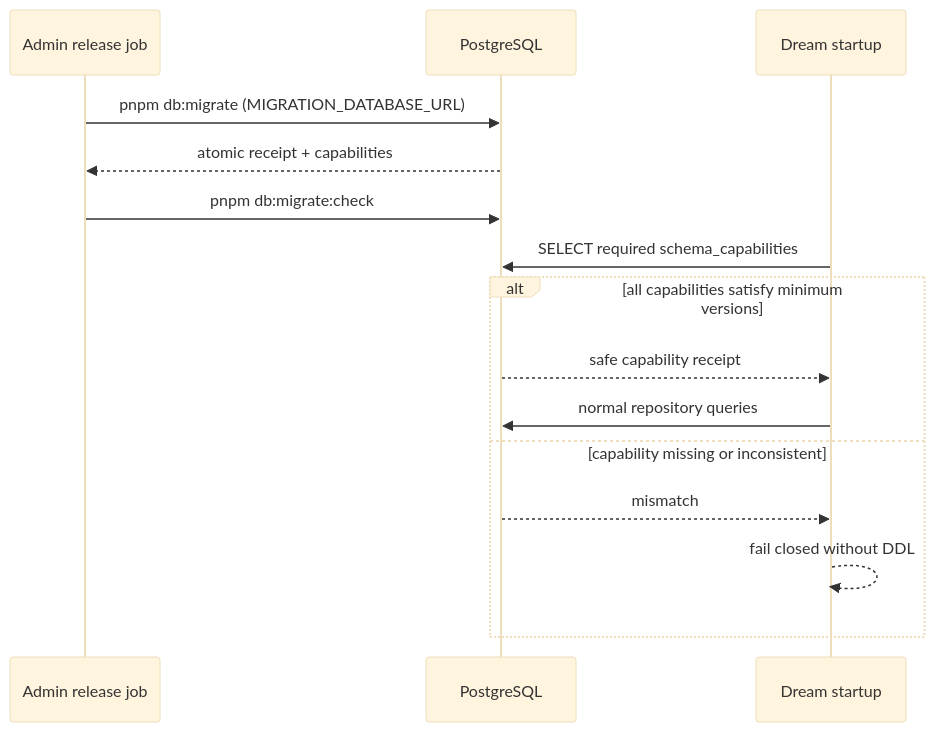
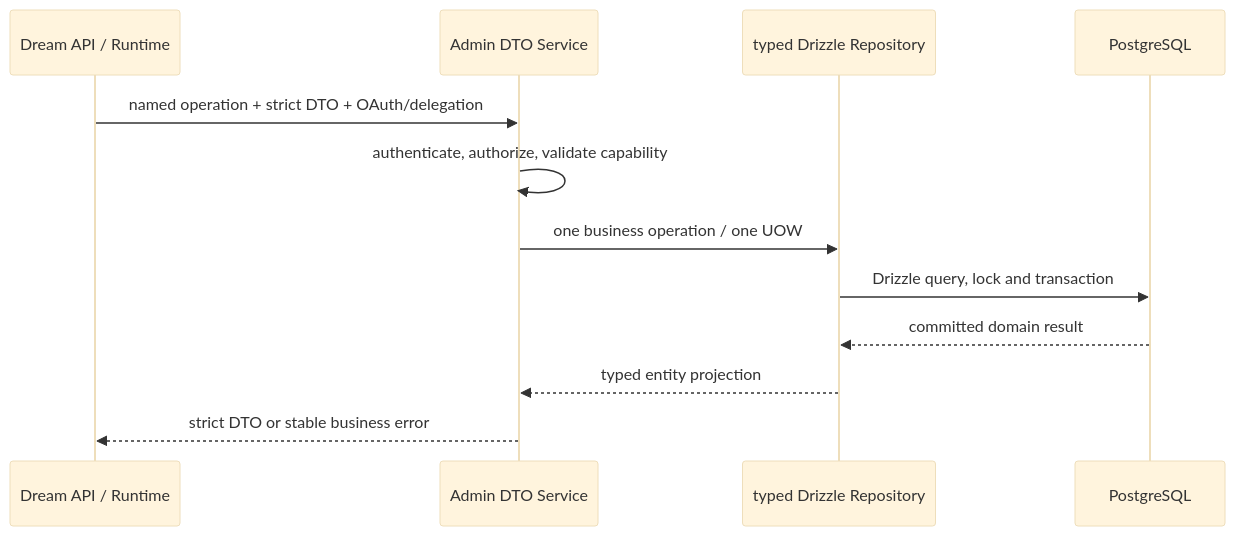
One commit to glide-the/im-dream changed the diagram in docs/design/database-schema-authority.md. Above: the diagram before and after it, drawn with Mermaid (base theme). The commit also changed other lines of this file and 543 other files, not shown here.

Commit message:
refactor(dream): move production persistence behind admin DTOs

````diff
--- a/docs/design/database-schema-authority.md
+++ b/docs/design/database-schema-authority.md
@@ -18,17 +29,14 @@
 ```mermaid
 sequenceDiagram
-  participant Release as Admin release job
+  participant Dream as Dream API / Runtime
+  participant Admin as Admin DTO Service
+  participant Repo as typed Drizzle Repository
   participant DB as PostgreSQL
-  participant Dream as Dream startup
-  Release->>DB: pnpm db:migrate (MIGRATION_DATABASE_URL)
-  DB-->>Release: atomic receipt + capabilities
-  Release->>DB: pnpm db:migrate:check
-  Dream->>DB: SELECT required schema_capabilities
-  alt all capabilities satisfy minimum versions
-    DB-->>Dream: safe capability receipt
-    Dream->>DB: normal repository queries
-  else capability missing or inconsistent
-    DB-->>Dream: mismatch
-    Dream-->>Dream: fail closed without DDL
-  end
+  Dream->>Admin: named operation + strict DTO + OAuth/delegation
+  Admin->>Admin: authenticate, authorize, validate capability
+  Admin->>Repo: one business operation / one UOW
+  Repo->>DB: Drizzle query, lock and transaction
+  DB-->>Repo: committed domain result
+  Repo-->>Admin: typed entity projection
+  Admin-->>Dream: strict DTO or stable business error
 ```
````
